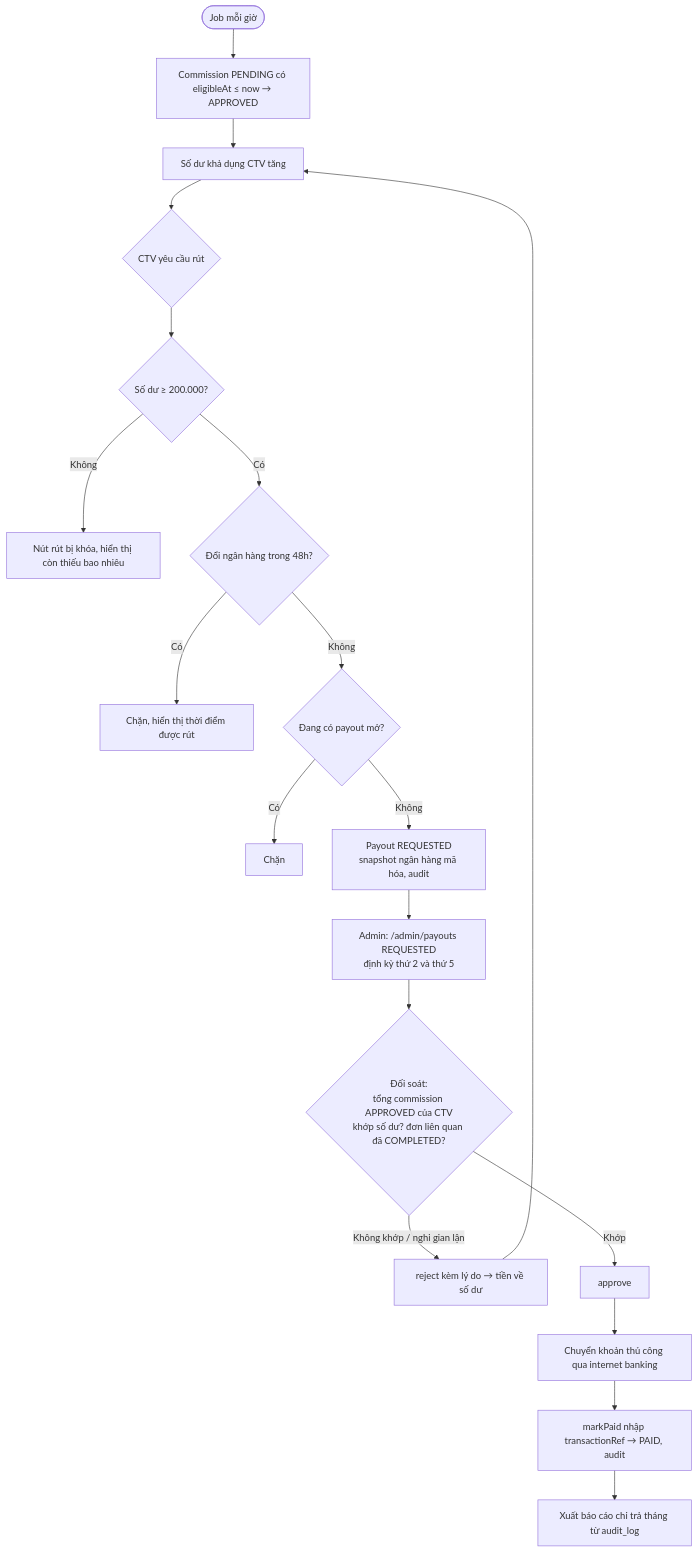
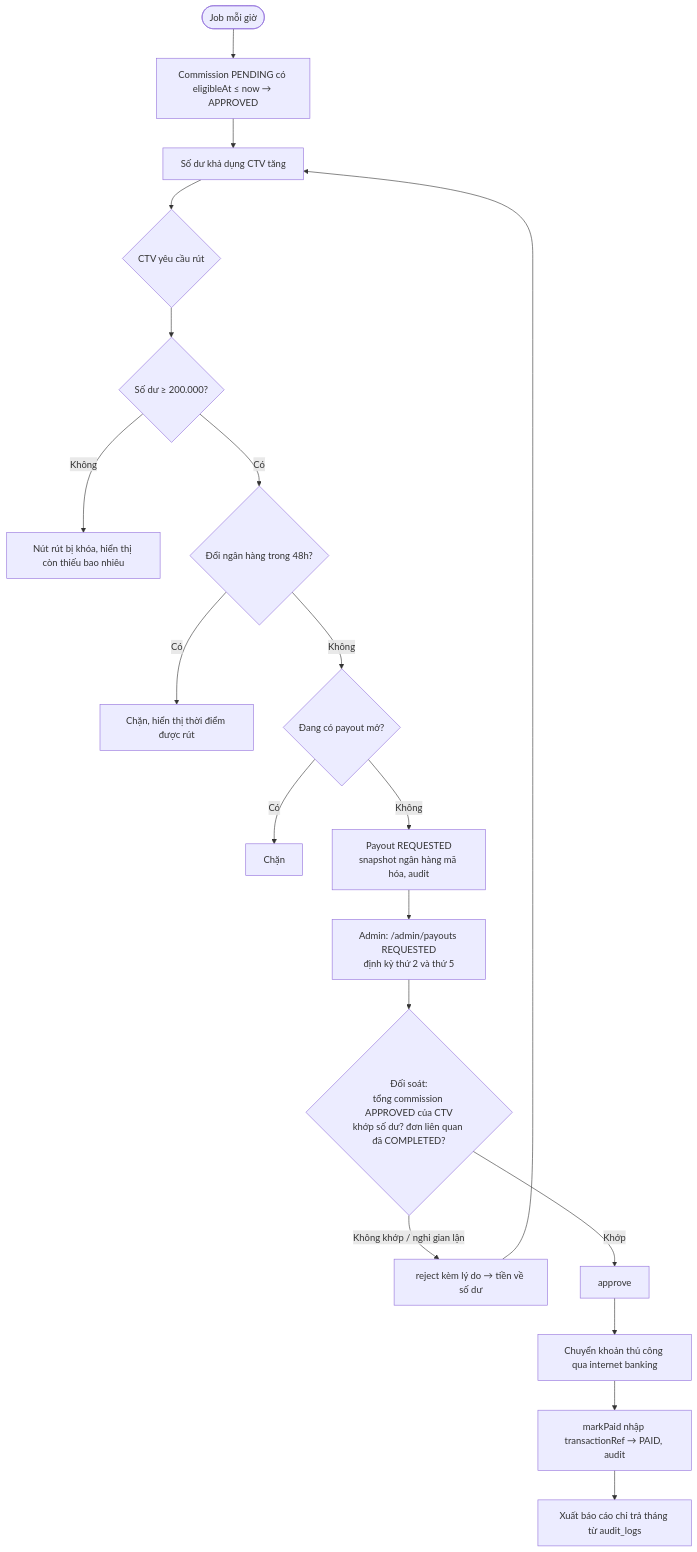
One commit to Vietnguyen203/Hwingroupweb changed the seventh of 7 diagrams in docs/04-workflows.md. Above: the diagram before and after it, drawn with Mermaid. The commit also changed other lines of this file and 415 other files, not shown here.

````diff
--- a/docs/04-workflows.md
+++ b/docs/04-workflows.md
@@ -210,22 +210,22 @@
 ```mermaid
 flowchart TD
     J([Job mỗi giờ]) --> J1[Commission PENDING có eligibleAt ≤ now → APPROVED]
     J1 --> BAL[Số dư khả dụng CTV tăng]
     BAL --> REQ{CTV yêu cầu rút}
     REQ --> V1{Số dư ≥ 200.000?}
     V1 -- Không --> NO1[Nút rút bị khóa, hiển thị còn thiếu bao nhiêu]
     V1 -- Có --> V2{Đổi ngân hàng trong 48h?}
     V2 -- Có --> NO2[Chặn, hiển thị thời điểm được rút]
     V2 -- Không --> V3{Đang có payout mở?}
     V3 -- Có --> NO3[Chặn]
     V3 -- Không --> RQ[Payout REQUESTED<br/>snapshot ngân hàng mã hóa, audit]
 
     RQ --> AD[Admin: /admin/payouts REQUESTED<br/>định kỳ thứ 2 và thứ 5]
     AD --> REC{Đối soát:<br/>tổng commission APPROVED của CTV<br/>khớp số dư? đơn liên quan đã COMPLETED?}
     REC -- Không khớp / nghi gian lận --> RJ[reject kèm lý do → tiền về số dư]
     REC -- Khớp --> AP[approve]
     AP --> TF[Chuyển khoản thủ công qua internet banking]
     TF --> MP[markPaid nhập transactionRef → PAID, audit]
-    MP --> EXP[Xuất báo cáo chi trả tháng từ audit_log]
+    MP --> EXP[Xuất báo cáo chi trả tháng từ audit_logs]
     RJ --> BAL
 ```
````
